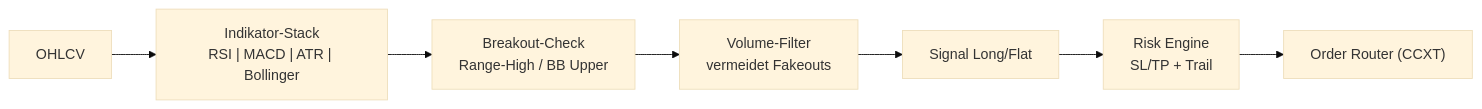
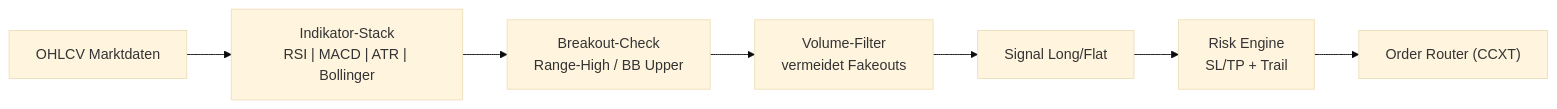
Before and after one commit to Youra82/stbot: the diagram in README.md, drawn with Mermaid (base theme). The commit also changed other lines of this file and 1 other file, not shown here.

````diff
--- a/README.md
+++ b/README.md
@@ -30,12 +32,12 @@
 ```mermaid
 flowchart LR
-    A["OHLCV"]
+    A["OHLCV Marktdaten"]
     B["Indikator-Stack<br/>RSI | MACD | ATR | Bollinger"]
     C["Breakout-Check<br/>Range-High / BB Upper"]
     D["Volume-Filter<br/>vermeidet Fakeouts"]
     E["Signal Long/Flat"]
     F["Risk Engine<br/>SL/TP + Trail"]
     G["Order Router (CCXT)"]
 
     A --> B --> C --> D --> E --> F --> G
 ```
````
